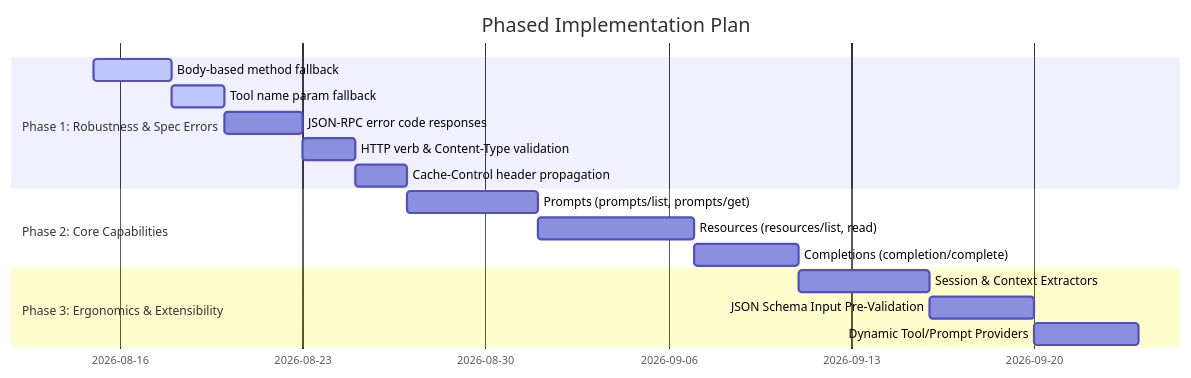
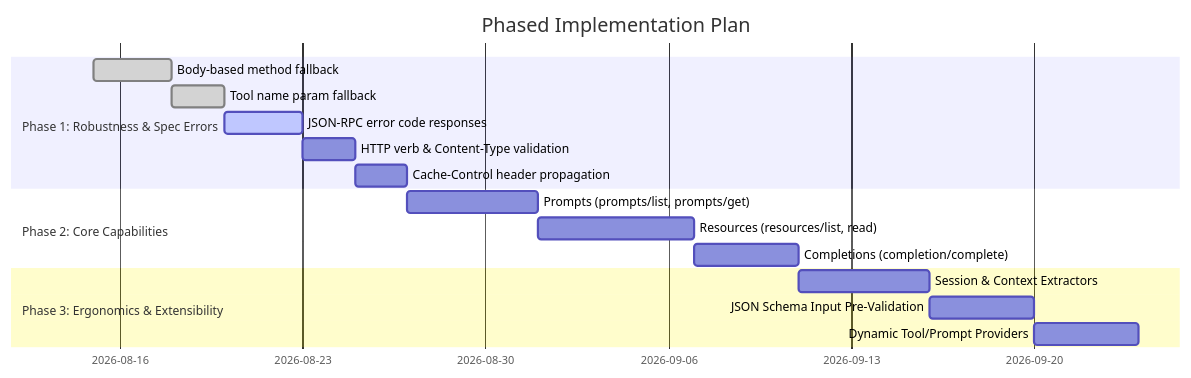
One commit to andreban/mcp-routing changed the diagram in ROADMAP.md. Above: the diagram before and after it, drawn with Mermaid. The commit also changed other lines of this file and 6 other files, not shown here.

First line of the commit message:
feat: implement body-based method dispatch and tool name fallback

````diff
--- a/ROADMAP.md
+++ b/ROADMAP.md
@@ -142,19 +142,19 @@
 ```mermaid
 gantt
     title Phased Implementation Plan
     dateFormat  YYYY-MM-DD
     section Phase 1: Robustness & Spec Errors
-    Body-based method fallback         :active, p1_1, 2026-08-15, 3d
-    Tool name param fallback           :active, p1_2, after p1_1, 2d
-    JSON-RPC error code responses      :p1_3, after p1_2, 3d
+    Body-based method fallback         :done, p1_1, 2026-08-15, 3d
+    Tool name param fallback           :done, p1_2, after p1_1, 2d
+    JSON-RPC error code responses      :active, p1_3, after p1_2, 3d
     HTTP verb & Content-Type validation:p1_4, after p1_3, 2d
     Cache-Control header propagation   :p1_5, after p1_4, 2d
     section Phase 2: Core Capabilities
     Prompts (prompts/list, prompts/get):p2_1, after p1_5, 5d
     Resources (resources/list, read)   :p2_2, after p2_1, 6d
     Completions (completion/complete)  :p2_3, after p2_2, 4d
     section Phase 3: Ergonomics & Extensibility
     Session & Context Extractors       :p3_1, after p2_3, 5d
     JSON Schema Input Pre-Validation   :p3_2, after p3_1, 4d
     Dynamic Tool/Prompt Providers      :p3_3, after p3_2, 4d
 ```
````
